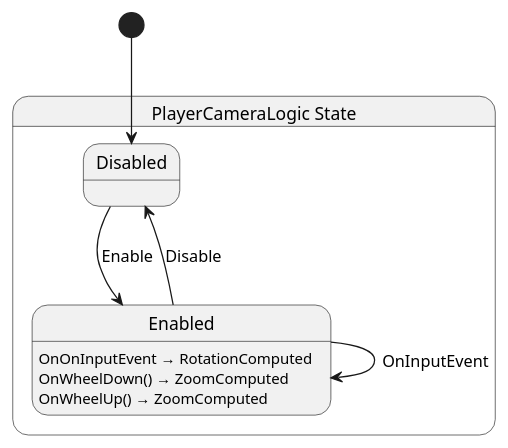
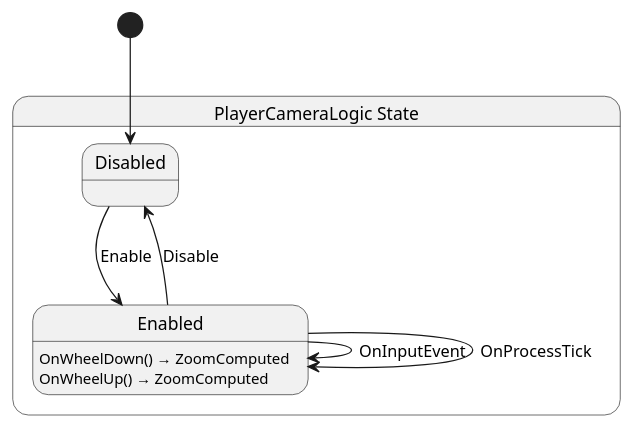
Before and after one commit to SkyValor/rescue-drone: the diagram in Scripts/Drone/PlayerCamera/State/PlayerCameraLogic.g.puml, drawn with PlantUML. The commit also changed 9 other files, not shown here.

Commit message:
Continuation of PlayerCameraLogic and the functionality of having it run as the main player camera. WIP.

```diff
--- a/Scripts/Drone/PlayerCamera/State/PlayerCameraLogic.g.puml
+++ b/Scripts/Drone/PlayerCamera/State/PlayerCameraLogic.g.puml
@@ -1,16 +1,16 @@
 @startuml PlayerCameraLogic
 state "PlayerCameraLogic State" as RescueDrone_PlayerCameraLogic_State {
   state "Disabled" as RescueDrone_PlayerCameraLogic_State_Disabled
   state "Enabled" as RescueDrone_PlayerCameraLogic_State_Enabled
 }
 
 RescueDrone_PlayerCameraLogic_State_Disabled --> RescueDrone_PlayerCameraLogic_State_Enabled : Enable
 RescueDrone_PlayerCameraLogic_State_Enabled --> RescueDrone_PlayerCameraLogic_State_Disabled : Disable
 RescueDrone_PlayerCameraLogic_State_Enabled --> RescueDrone_PlayerCameraLogic_State_Enabled : OnInputEvent
+RescueDrone_PlayerCameraLogic_State_Enabled --> RescueDrone_PlayerCameraLogic_State_Enabled : OnProcessTick
 
-RescueDrone_PlayerCameraLogic_State_Enabled : OnOnInputEvent → RotationComputed
 RescueDrone_PlayerCameraLogic_State_Enabled : OnWheelDown() → ZoomComputed
 RescueDrone_PlayerCameraLogic_State_Enabled : OnWheelUp() → ZoomComputed
 
 [*] --> RescueDrone_PlayerCameraLogic_State_Disabled
 @enduml
```
